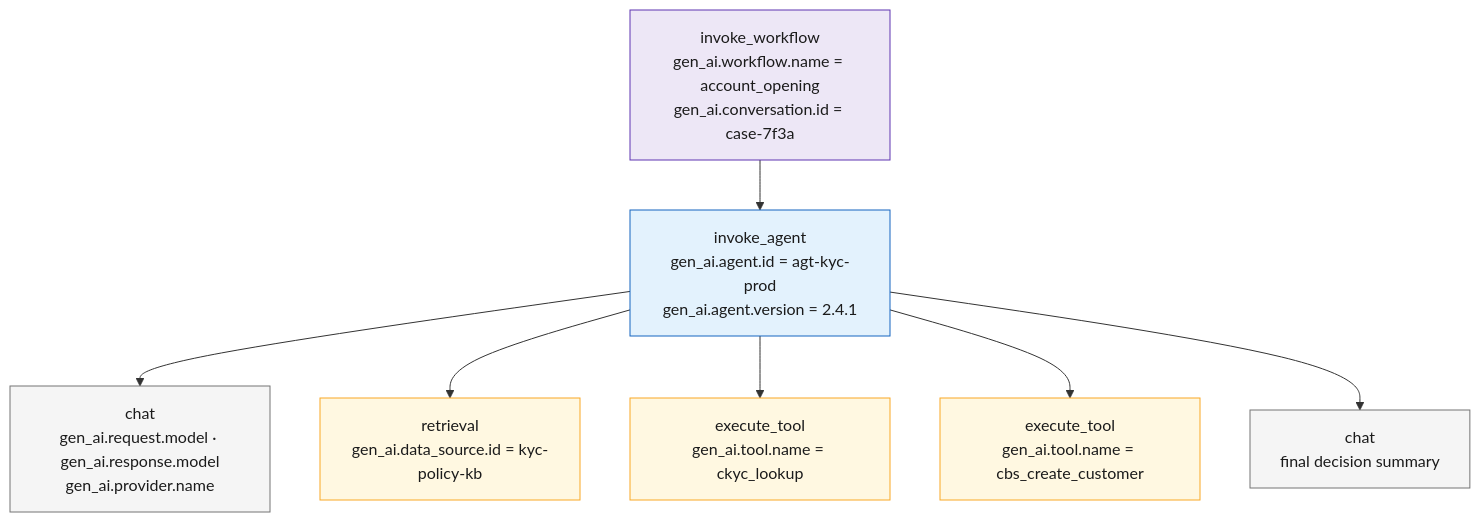
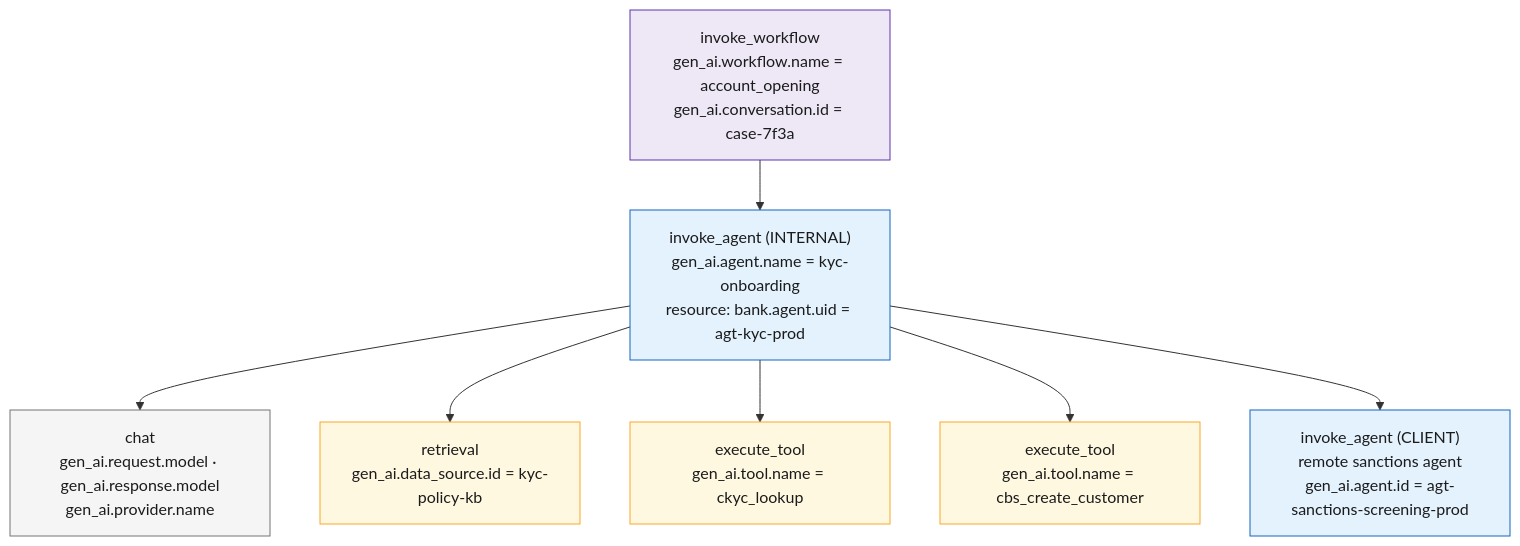
Before and after one commit to r0hitpilla/Agentic-AI: the second of 4 diagrams in docs/09-telemetry-provenance.md, drawn with Mermaid. The commit also changed other lines of this file and 31 other files, not shown here.

````diff
--- a/docs/09-telemetry-provenance.md
+++ b/docs/09-telemetry-provenance.md
@@ -30,26 +54,26 @@
 ```mermaid
 flowchart TB
     W["invoke_workflow<br/>gen_ai.workflow.name = account_opening<br/>gen_ai.conversation.id = case-7f3a"]
-    A["invoke_agent<br/>gen_ai.agent.id = agt-kyc-prod<br/>gen_ai.agent.version = 2.4.1"]
+    A["invoke_agent (INTERNAL)<br/>gen_ai.agent.name = kyc-onboarding<br/>resource: bank.agent.uid = agt-kyc-prod"]
     C1["chat<br/>gen_ai.request.model · gen_ai.response.model<br/>gen_ai.provider.name"]
     R["retrieval<br/>gen_ai.data_source.id = kyc-policy-kb"]
     T1["execute_tool<br/>gen_ai.tool.name = ckyc_lookup"]
     T2["execute_tool<br/>gen_ai.tool.name = cbs_create_customer"]
-    C2["chat<br/>final decision summary"]
+    S["invoke_agent (CLIENT)<br/>remote sanctions agent<br/>gen_ai.agent.id = agt-sanctions-screening-prod"]
 
     W --> A
     A --> C1
     A --> R
     A --> T1
     A --> T2
-    A --> C2
+    A --> S
 
     classDef wf fill:#ede7f6,stroke:#5e35b1,color:#1b1b1b
     classDef ag fill:#e3f2fd,stroke:#1565c0,color:#1b1b1b
     classDef ch fill:#f5f5f5,stroke:#757575,color:#1b1b1b
     classDef tl fill:#fff8e1,stroke:#f9a825,color:#1b1b1b
     class W wf
-    class A ag
-    class C1,C2 ch
+    class A,S ag
+    class C1 ch
     class R,T1,T2 tl
 ```
````
